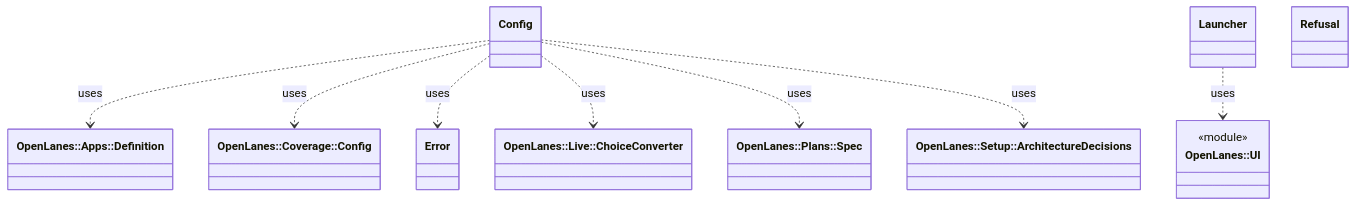
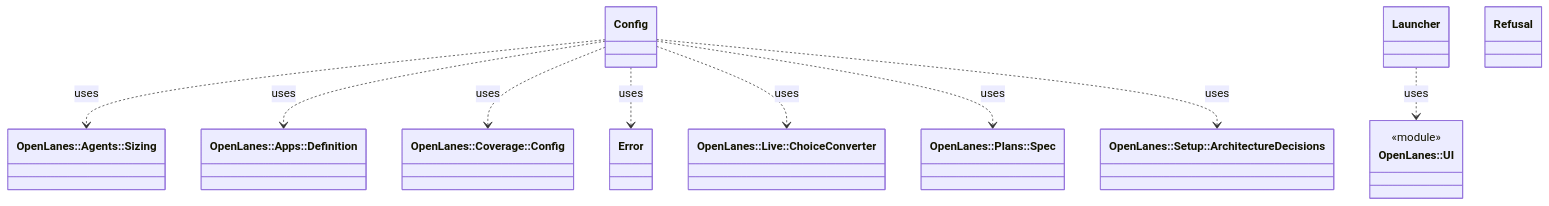
Before and after one commit to kigster/openlanes: the diagram in docs/architecture/openlanes.md, drawn with Mermaid. The commit also changed 47 other files, not shown here.

````diff
--- a/docs/architecture/openlanes.md
+++ b/docs/architecture/openlanes.md
@@ -5,21 +5,23 @@
 ```mermaid
 classDiagram
+  class OpenLanes__Agents__Sizing["OpenLanes::Agents::Sizing"]
   class OpenLanes__Apps__Definition["OpenLanes::Apps::Definition"]
   class OpenLanes__Config["Config"]
   class OpenLanes__Coverage__Config["OpenLanes::Coverage::Config"]
   class OpenLanes__Error["Error"]
   class OpenLanes__Launcher["Launcher"]
   class OpenLanes__Live__ChoiceConverter["OpenLanes::Live::ChoiceConverter"]
   class OpenLanes__Plans__Spec["OpenLanes::Plans::Spec"]
   class OpenLanes__Refusal["Refusal"]
   class OpenLanes__Setup__ArchitectureDecisions["OpenLanes::Setup::ArchitectureDecisions"]
   class OpenLanes__UI["OpenLanes::UI"]
   <<module>> OpenLanes__UI
+  OpenLanes__Config ..> OpenLanes__Agents__Sizing : uses
   OpenLanes__Config ..> OpenLanes__Apps__Definition : uses
   OpenLanes__Config ..> OpenLanes__Coverage__Config : uses
   OpenLanes__Config ..> OpenLanes__Error : uses
   OpenLanes__Config ..> OpenLanes__Live__ChoiceConverter : uses
   OpenLanes__Config ..> OpenLanes__Plans__Spec : uses
   OpenLanes__Config ..> OpenLanes__Setup__ArchitectureDecisions : uses
   OpenLanes__Launcher ..> OpenLanes__UI : uses
 ```
````
